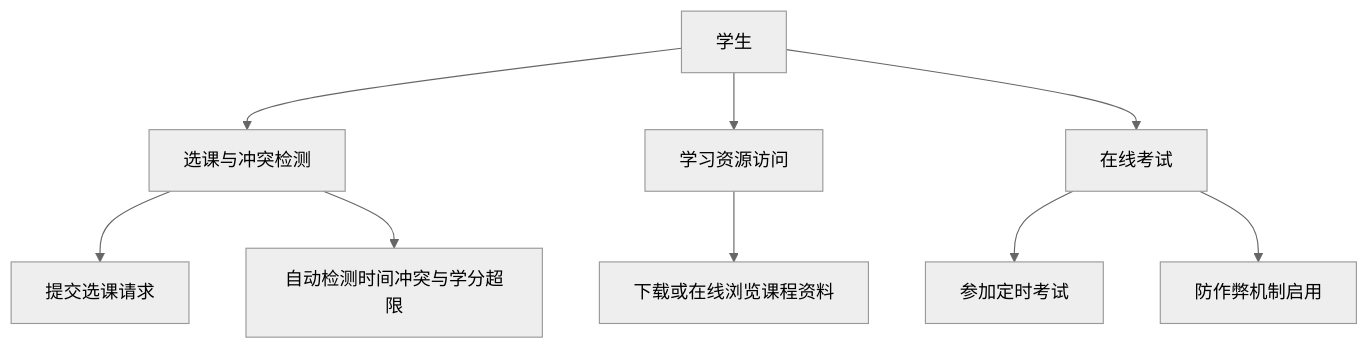
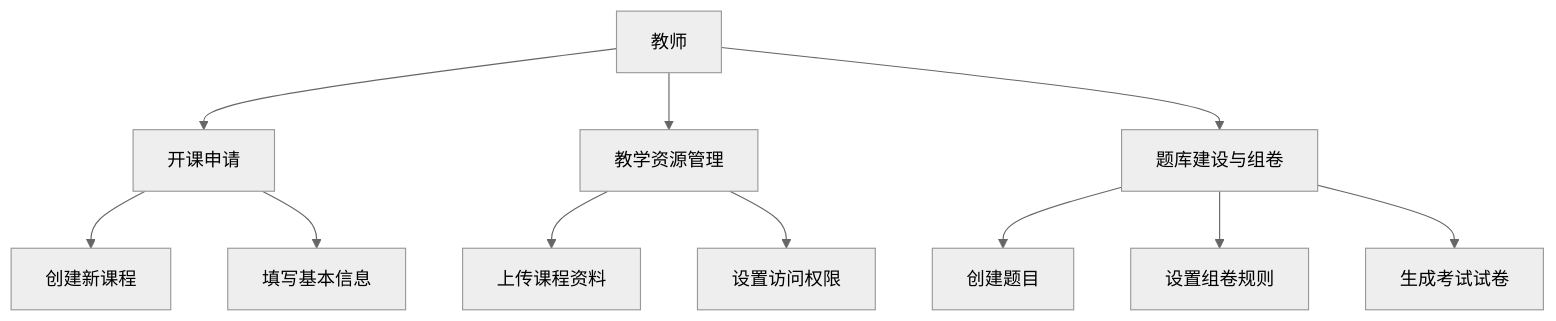
The diagram in all/未命名-4.md (YOAyes/iodraw-files), drawn with Mermaid (neutral theme) before and after one commit.

Commit message:
2025-05-15 23:08:27 update

````diff
--- a/all/未命名-4.md
+++ b/all/未命名-4.md
@@ -1,11 +1,13 @@
 ```mermaid
 graph TD
-    S[学生] --> S1[选课与冲突检测]
-    S --> S2[学习资源访问]
-    S --> S3[在线考试]
-    S1 --> S11[提交选课请求]
-    S1 --> S12[自动检测时间冲突与学分超限]
-    S2 --> S21[下载或在线浏览课程资料]
-    S3 --> S31[参加定时考试]
-    S3 --> S32[防作弊机制启用]
+    T[教师] --> T1[开课申请]
+    T --> T2[教学资源管理]
+    T --> T3[题库建设与组卷]
+    T1 --> T11[创建新课程]
+    T1 --> T12[填写基本信息]
+    T2 --> T21[上传课程资料]
+    T2 --> T22[设置访问权限]
+    T3 --> T31[创建题目]
+    T3 --> T32[设置组卷规则]
+    T3 --> T33[生成考试试卷]
 ```
````
